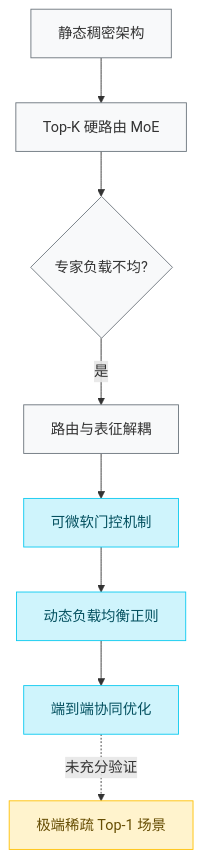
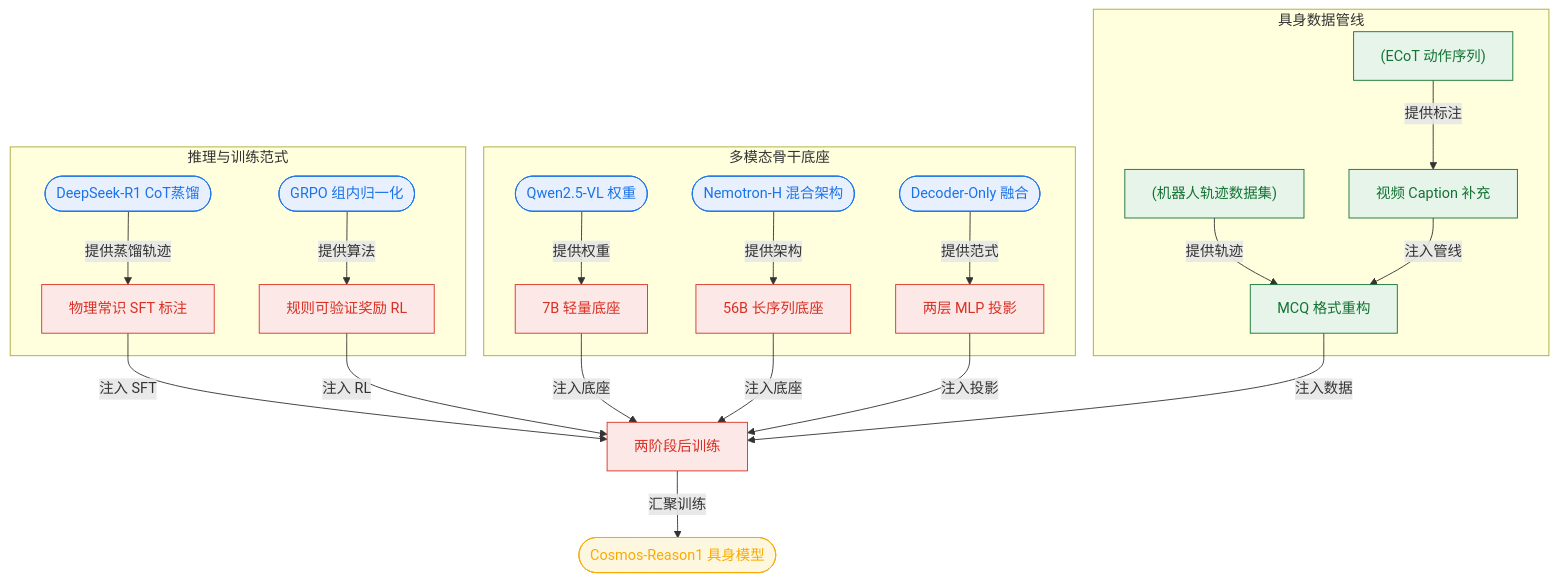
One commit to ShinewineW/paper-rolling changed the sixth of 10 diagrams in person_vault/2026-06-08_CosmosReason1_2503.15558/report.md. Above: the diagram before and after it, drawn with Mermaid. The commit also changed other lines of this file and 51 other files, not shown here.

````diff
--- a/person_vault/2026-06-08_CosmosReason1_2503.15558/report.md
+++ b/person_vault/2026-06-08_CosmosReason1_2503.15558/report.md
@@ -311,15 +349,32 @@
 ```mermaid
 flowchart TD
-  classDef legacy fill:#f8f9fa,color:#333,stroke:#6c757d;
-  classDef pivot fill:#d1e7dd,color:#0f5132,stroke:#198754;
-  classDef current fill:#cff4fc,color:#055160,stroke:#0dcaf0;
-  classDef caveat fill:#fff3cd,color:#664d03,stroke:#ffc107;
+    classDef prior fill:#e8f0fe,stroke:#1a73e8,color:#1a73e8;
+    classDef core fill:#fce8e6,stroke:#d93025,color:#d93025;
+    classDef data fill:#e6f4ea,stroke:#137333,color:#137333;
+    classDef out fill:#fef7e0,stroke:#f9ab00,color:#f9ab00;
 
-  static_dense["静态稠密架构"]:::legacy --> hard_routing["Top-K 硬路由 MoE"]:::legacy
-  hard_routing --> load_imbalance{专家负载不均?}:::legacy
-  load_imbalance -->|是| routing_coupling["路由与表征解耦"]:::legacy
-  routing_coupling --> soft_gating["可微软门控机制"]:::current
-  soft_gating --> dynamic_reg["动态负载均衡正则"]:::current
-  dynamic_reg --> end_state["端到端协同优化"]:::current
-  end_state -.->|未充分验证| extreme_sparse["极端稀疏 Top-1 场景"]:::caveat
+    subgraph 推理与训练范式
+        deepseek_r1(["DeepSeek-R1 CoT蒸馏"]):::prior -- 提供蒸馏轨迹 --> sft_label["物理常识 SFT 标注"]:::core
+        grpo_algo(["GRPO 组内归一化"]):::prior -- 提供算法 --> rl_train["规则可验证奖励 RL"]:::core
+    end
+
+    subgraph 多模态骨干底座
+        qwen_vl(["Qwen2.5-VL 权重"]):::prior -- 提供权重 --> b7b["7B 轻量底座"]:::core
+        nemotron_h(["Nemotron-H 混合架构"]):::prior -- 提供架构 --> b56b["56B 长序列底座"]:::core
+        decoder_only(["Decoder-Only 融合"]):::prior -- 提供范式 --> mlp_proj["两层 MLP 投影"]:::core
+    end
+
+    subgraph 具身数据管线
+        ecot_anno["(ECoT 动作序列)"]:::data -- 提供标注 --> cap_sup["视频 Caption 补充"]:::data
+        robot_datasets["(机器人轨迹数据集)"]:::data -- 提供轨迹 --> mcq_format["MCQ 格式重构"]:::data
+    end
+
+    sft_label -- 注入 SFT --> post_train["两阶段后训练"]:::core
+    rl_train -- 注入 RL --> post_train
+    b7b -- 注入底座 --> post_train
+    b56b -- 注入底座 --> post_train
+    mlp_proj -- 注入投影 --> post_train
+    cap_sup -- 注入管线 --> mcq_format
+    mcq_format -- 注入数据 --> post_train
+    post_train -- 汇聚训练 --> final_model(["Cosmos-Reason1 具身模型"]):::out
 ```
````
